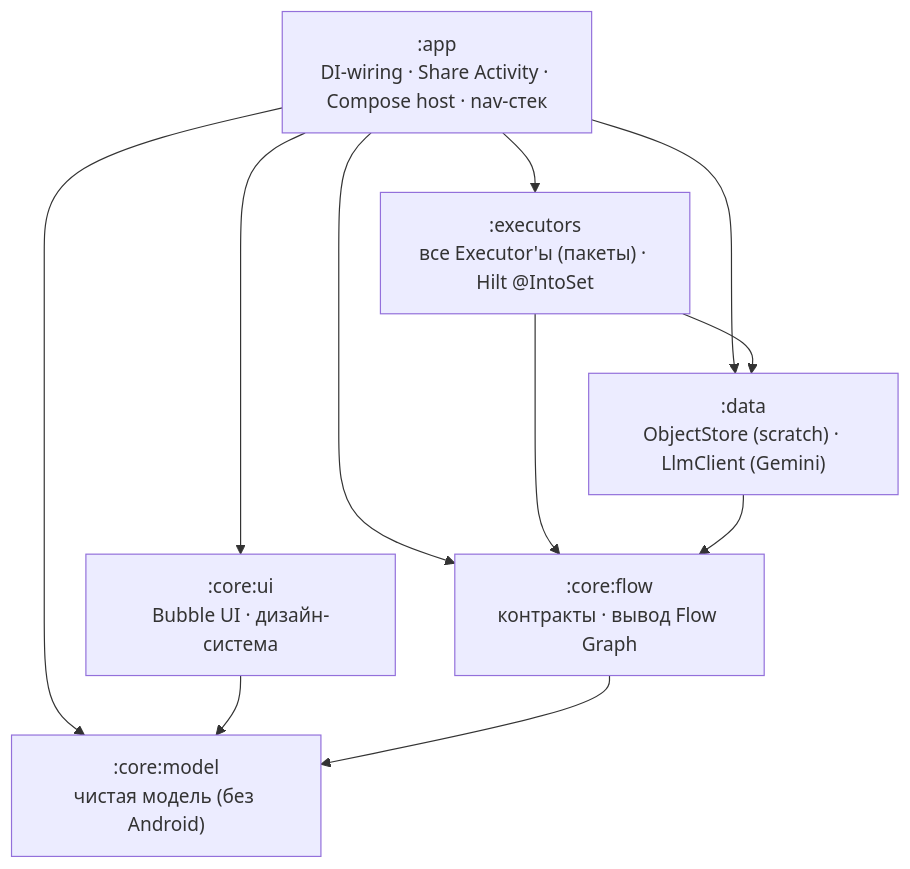
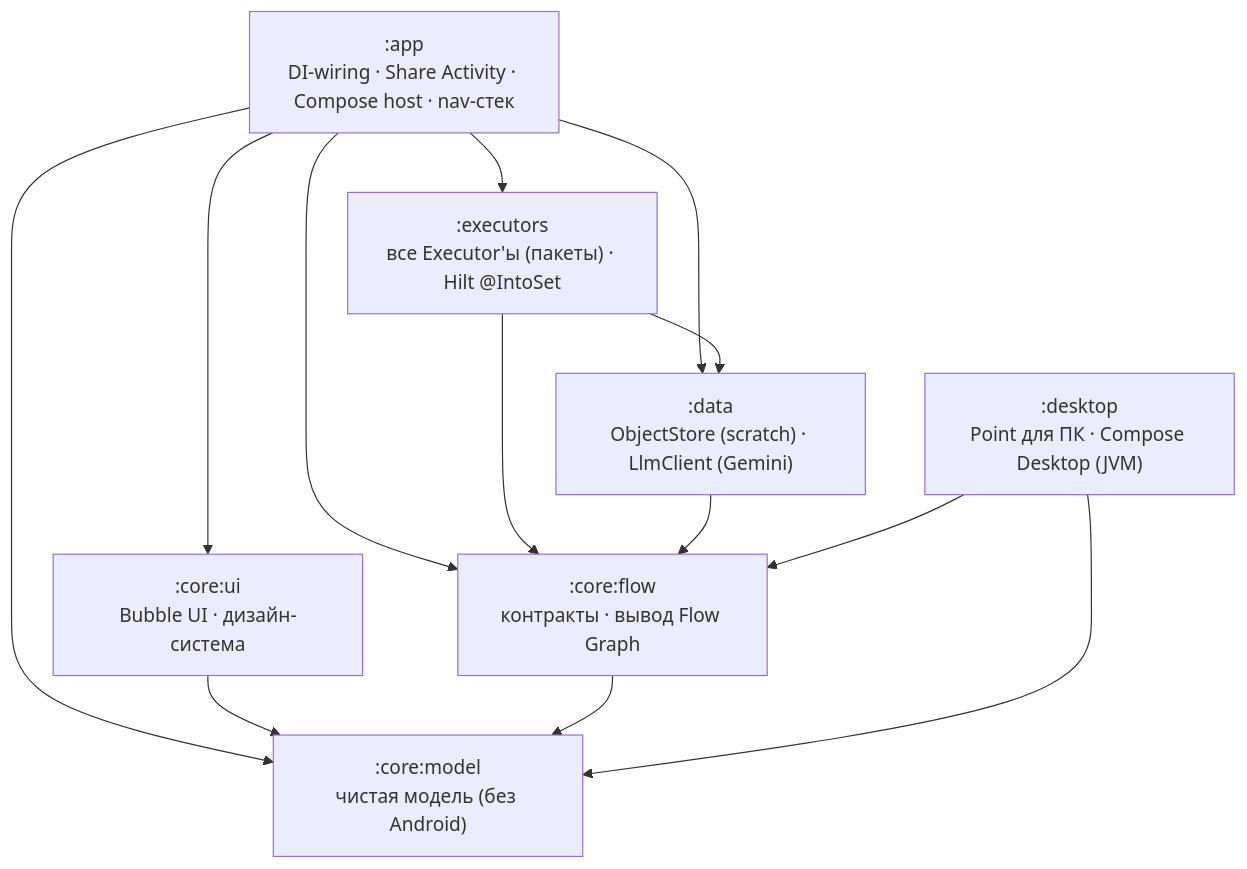
One commit to librevlad/point changed the first of 2 diagrams in docs/ARCHITECTURE.md. Above: the diagram before and after it, drawn with Mermaid. The commit also changed other lines of this file, not shown here.

First line of the commit message:
docs: ARCHITECTURE — :desktop модуль + статус срезов #87/#147/#80/#161/#96/#128

````diff
--- a/docs/ARCHITECTURE.md
+++ b/docs/ARCHITECTURE.md
@@ -36,20 +36,23 @@
 ```mermaid
 graph TD
     app[":app<br/>DI-wiring · Share Activity · Compose host · nav-стек"]
     ui[":core:ui<br/>Bubble UI · дизайн-система"]
     executors[":executors<br/>все Executor'ы (пакеты) · Hilt @IntoSet"]
     data[":data<br/>ObjectStore (scratch) · LlmClient (Gemini)"]
     flow[":core:flow<br/>контракты · вывод Flow Graph"]
     model[":core:model<br/>чистая модель (без Android)"]
+    desktop[":desktop<br/>Point для ПК · Compose Desktop (JVM)"]
 
     app --> ui
     app --> executors
     app --> data
     app --> flow
     app --> model
     ui --> model
     executors --> data
     executors --> flow
     data --> flow
     flow --> model
+    desktop --> flow
+    desktop --> model
 ```
````
